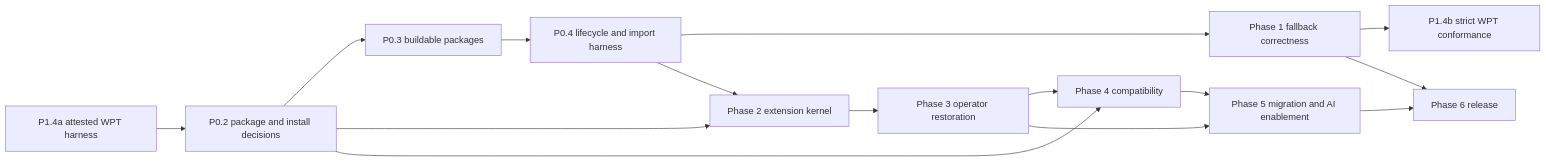
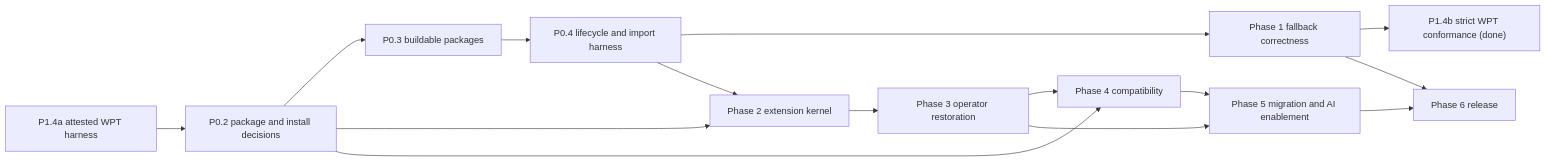
One commit to ReactiveX/rxjs changed the diagram in docs/rxjs-next/PROJECT_PLAN.md. Above: the diagram before and after it, drawn with Mermaid. The commit also changed other lines of this file and 34 other files, not shown here.

````diff
--- a/docs/rxjs-next/PROJECT_PLAN.md
+++ b/docs/rxjs-next/PROJECT_PLAN.md
@@ -278,17 +314,17 @@
 ```mermaid
 flowchart LR
     WptHarness["P1.4a attested WPT harness"] --> Boundary["P0.2 package and install decisions"]
     Boundary --> Build["P0.3 buildable packages"]
     Build --> Harness["P0.4 lifecycle and import harness"]
     Harness --> Fallback["Phase 1 fallback correctness"]
-    Fallback --> WptStrict["P1.4b strict WPT conformance"]
+    Fallback --> WptStrict["P1.4b strict WPT conformance (done)"]
     Boundary --> Kernel["Phase 2 extension kernel"]
     Harness --> Kernel
     Kernel --> Operators["Phase 3 operator restoration"]
     Boundary --> Compat["Phase 4 compatibility"]
     Operators --> Compat
     Compat --> Migration["Phase 5 migration and AI enablement"]
     Operators --> Migration
     Fallback --> Release["Phase 6 release"]
     Migration --> Release
 ```
````
